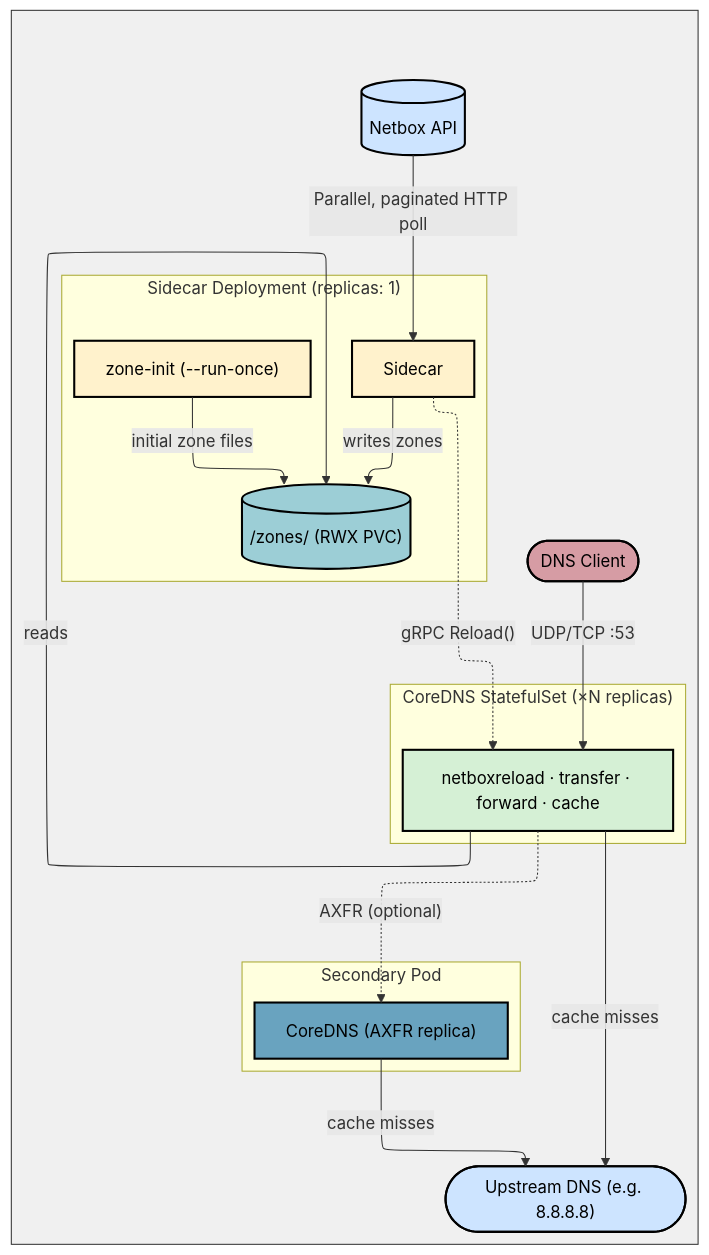
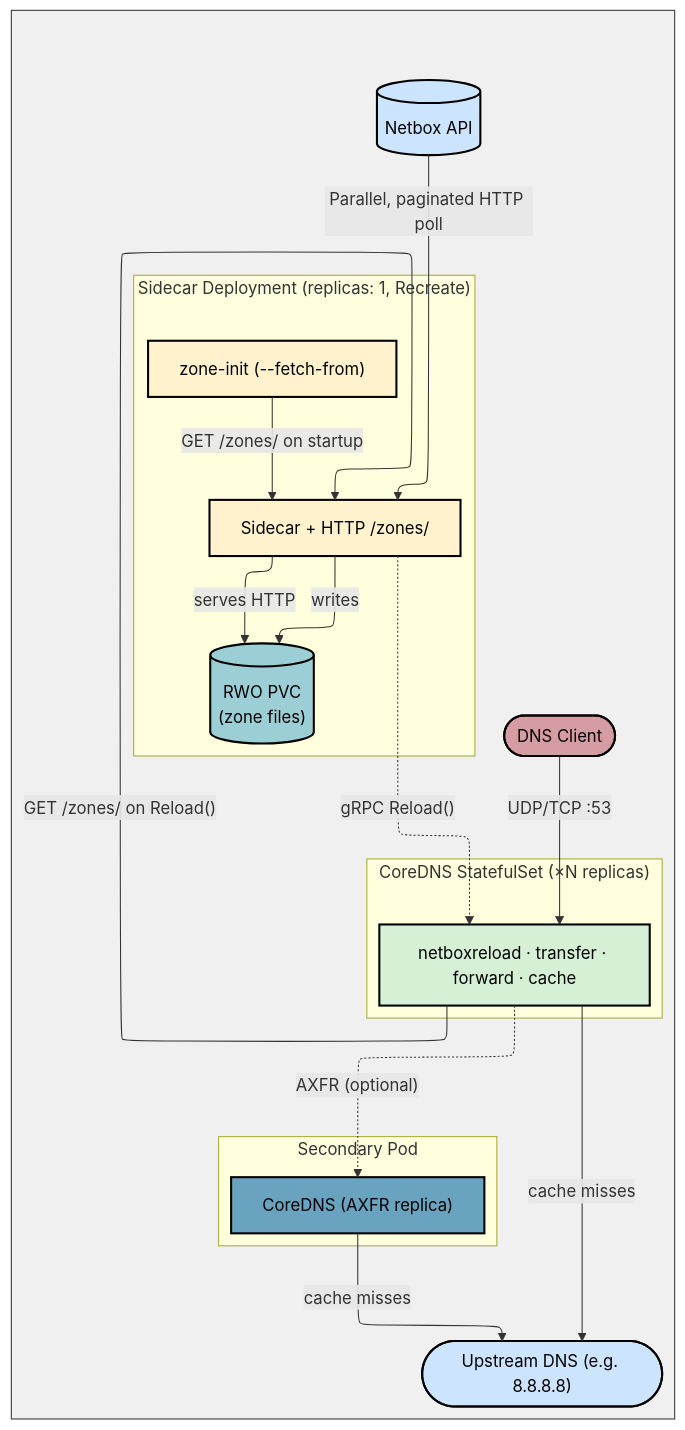
The diagram in README.md (pallotron/coredns-netbox), drawn with Mermaid before and after one commit. The commit also changed other lines of this file and 28 other files, not shown here.

First line of the commit message:
feat: HTTP zone serving for standalone sidecar — Recreate strategy, RWO PVC, NetworkPolicy

````diff
--- a/README.md
+++ b/README.md
@@ -23,57 +24,57 @@
 ```mermaid
 ---
 config:
     layout: elk
     theme: default
     elk:
         mergeEdges: true
 ---
 flowchart TD
 
 subgraph Diagram[" "]
     Client(["DNS Client"])
     Netbox[("Netbox API")]
     Upstream(["Upstream DNS (e.g. 8.8.8.8)"])
 
-    subgraph SidecarDeploy["Sidecar Deployment (replicas: 1)"]
-        Init["zone-init (--run-once)"]
-        Sidecar["Sidecar"]
-        Init -->|"initial zone files"| Zones
-        Sidecar -->|"writes zones"| Zones
+    subgraph SidecarDeploy["Sidecar Deployment (replicas: 1, Recreate)"]
+        Init["zone-init (--fetch-from)"]
+        Sidecar["Sidecar + HTTP /zones/"]
+        SidecarPVC[("RWO PVC\n(zone files)")]
+        Sidecar -->|"writes"| SidecarPVC
+        Sidecar -->|"serves HTTP"| SidecarPVC
     end
-
-    Zones[("/zones/ (RWX PVC)")]
 
     subgraph Primary["CoreDNS StatefulSet (×N replicas)"]
         CoreDNS["netboxreload · transfer · forward · cache"]
-        CoreDNS -->|"reads"| Zones
     end
 
     subgraph Secondary["Secondary Pod"]
         SecondaryDNS["CoreDNS (AXFR replica)"]
     end
 
+    Init -->|"GET /zones/ on startup"| Sidecar
+    CoreDNS -->|"GET /zones/ on Reload()"| Sidecar
     Sidecar -.->|"gRPC Reload()"| CoreDNS
     Client -->|"UDP/TCP :53"| CoreDNS
     Netbox -->|"Parallel, paginated HTTP poll"| Sidecar
     CoreDNS -->|"cache misses"| Upstream
     CoreDNS -.->|"AXFR (optional)"| SecondaryDNS
     SecondaryDNS -->|"cache misses"| Upstream
 end
 
 classDef clientStyle   fill:#d69ca4,stroke:black,stroke-width:2px,color:#000
 classDef externalStyle fill:#cde4ff,stroke:black,stroke-width:2px,color:#000
 classDef dnsStyle      fill:#d5f0d5,stroke:black,stroke-width:2px,color:#000
 classDef workerStyle   fill:#fff2cc,stroke:black,stroke-width:2px,color:#000
 classDef storageStyle  fill:#9cced6,stroke:black,stroke-width:2px,color:#000
 classDef replicaStyle  fill:#69a3bf,stroke:black,stroke-width:2px,color:#000
 classDef diagramStyle fill:#f0f0f0,stroke:#333,stroke-width:1px,color:#000,font-size:14px
 
 class Client clientStyle
 class Netbox,Upstream externalStyle
 class CoreDNS dnsStyle
 class Sidecar,Init workerStyle
-class Zones storageStyle
+class SidecarPVC storageStyle
 class SecondaryDNS replicaStyle
 class Diagram diagramStyle
 ```
````
